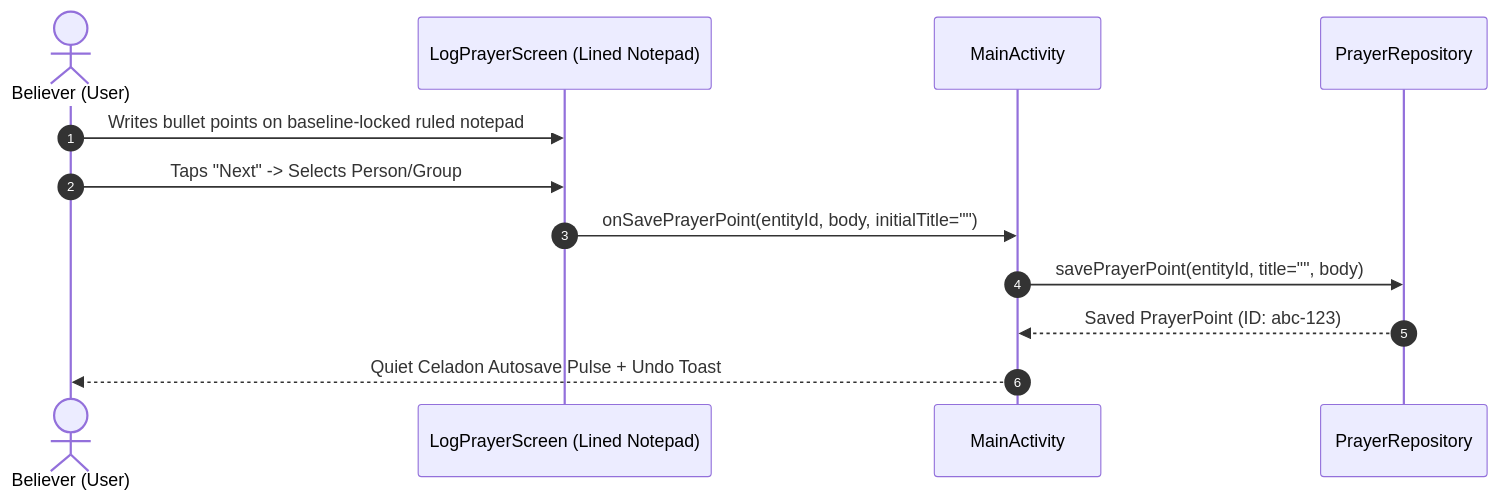
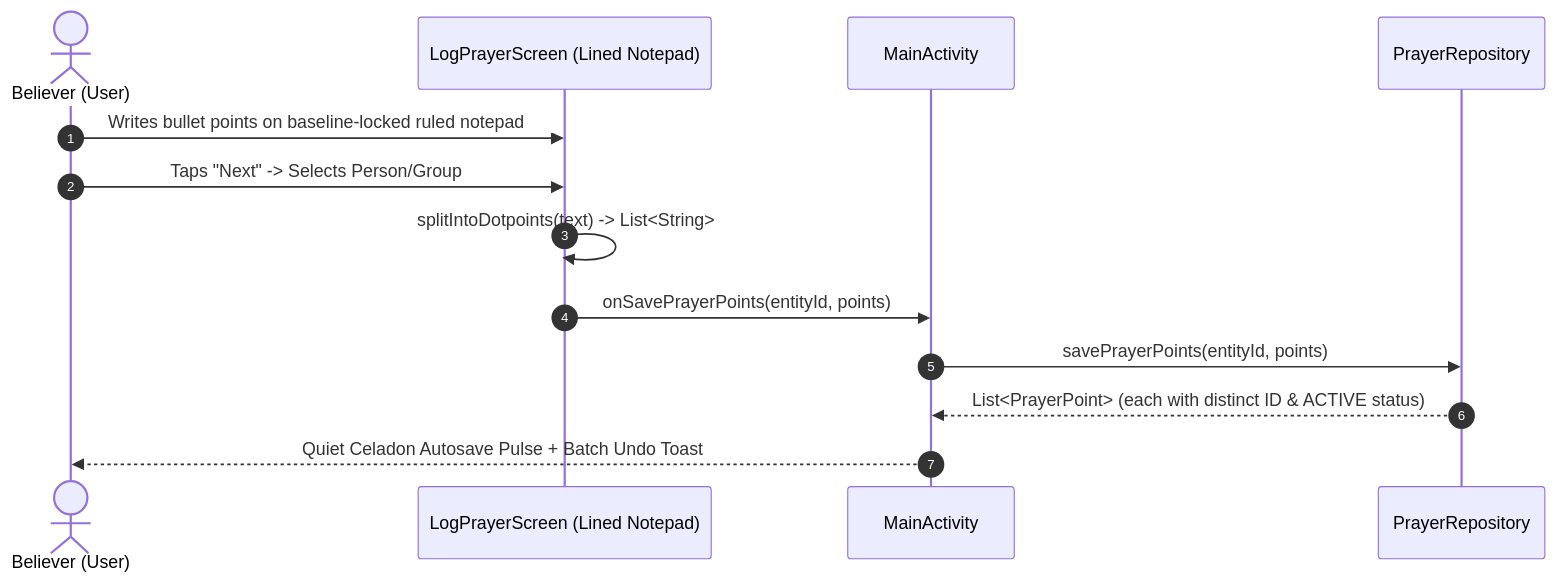
The seventh of 8 diagrams in planning/codebase_knowledge_graph.md (iamenianc/Prayer), drawn with Mermaid before and after one commit. The commit also changed other lines of this file and 39 other files, not shown here.

````diff
--- a/planning/codebase_knowledge_graph.md
+++ b/planning/codebase_knowledge_graph.md
@@ -355,15 +382,16 @@
 ```mermaid
 sequenceDiagram
     autonumber
     actor Believer as Believer (User)
     participant Log as LogPrayerScreen (Lined Notepad)
     participant Main as MainActivity
     participant Repo as PrayerRepository
 
     Believer->>Log: Writes bullet points on baseline-locked ruled notepad
     Believer->>Log: Taps "Next" -> Selects Person/Group
-    Log->>Main: onSavePrayerPoint(entityId, body, initialTitle="")
-    Main->>Repo: savePrayerPoint(entityId, title="", body)
-    Repo-->>Main: Saved PrayerPoint (ID: abc-123)
-    Main-->>Believer: Quiet Celadon Autosave Pulse + Undo Toast
+    Log->>Log: splitIntoDotpoints(text) -> List<String>
+    Log->>Main: onSavePrayerPoints(entityId, points)
+    Main->>Repo: savePrayerPoints(entityId, points)
+    Repo-->>Main: List<PrayerPoint> (each with distinct ID & ACTIVE status)
+    Main-->>Believer: Quiet Celadon Autosave Pulse + Batch Undo Toast
 ```
````
